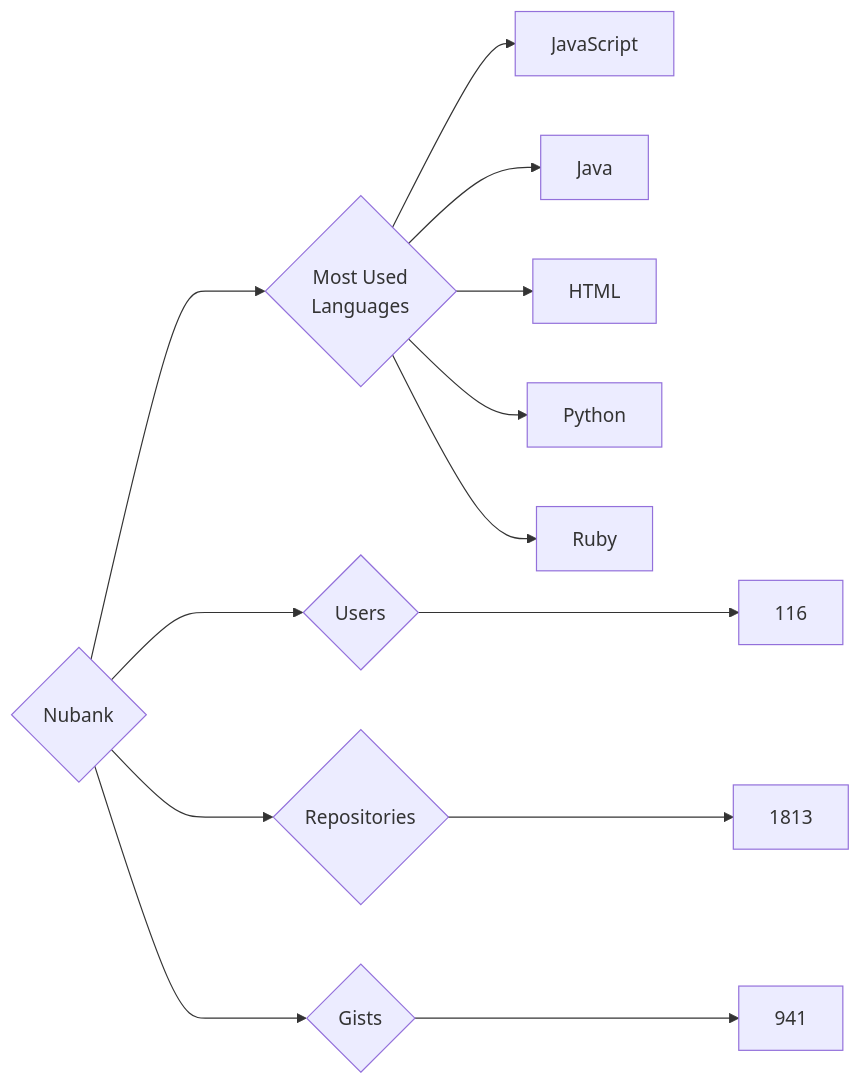
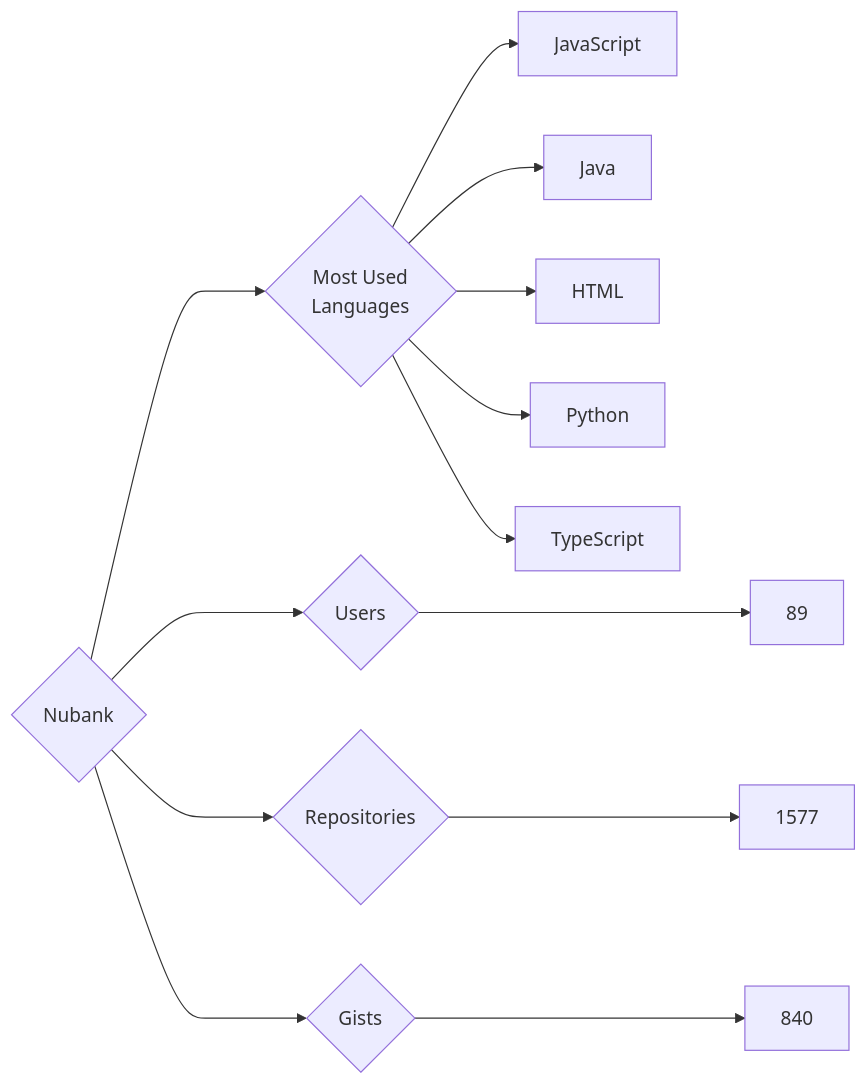
The diagram in targets/Nubank/README.md (trickest/insiders), drawn with Mermaid before and after one commit. The commit also changed 870 other files, not shown here.

````diff
--- a/targets/Nubank/README.md
+++ b/targets/Nubank/README.md
@@ -3,13 +3,13 @@
 ```mermaid
 graph LR
 COMPANY_NAME{Nubank}
-COMPANY_NAME ---> U{Users} ---> UN[116]
-COMPANY_NAME ---> R{Repositories} ---> RN[1813]
-COMPANY_NAME ---> G{Gists} ---> GN[941]
+COMPANY_NAME ---> U{Users} ---> UN[89]
+COMPANY_NAME ---> R{Repositories} ---> RN[1577]
+COMPANY_NAME ---> G{Gists} ---> GN[840]
 COMPANY_NAME ---> ML{Most Used<br>Languages}
 ML --> JavaScript[JavaScript]
 ML --> Java[Java]
 ML --> HTML[HTML]
 ML --> Python[Python]
-ML --> Ruby[Ruby]
+ML --> TypeScript[TypeScript]
 ```
````
